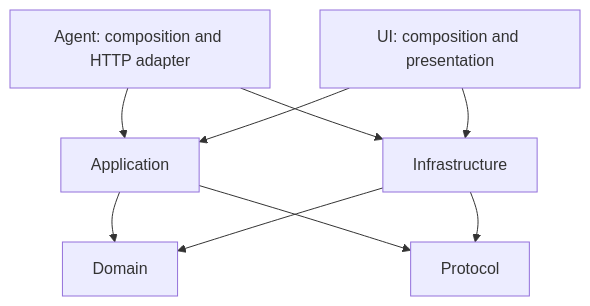
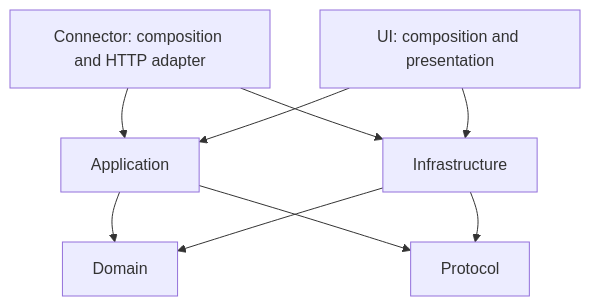
Before and after one commit to Babamba-and-Bibibig/streamdeck_for_rog_ally: the diagram in docs/ARCHITECTURE.md, drawn with Mermaid. The commit also changed other lines of this file and 72 other files, not shown here.

````diff
--- a/docs/ARCHITECTURE.md
+++ b/docs/ARCHITECTURE.md
@@ -30,11 +30,11 @@
 ```mermaid
 flowchart TD
-  Agent[Agent: composition and HTTP adapter] --> Application
+  Connector[Connector: composition and HTTP adapter] --> Application
   UI[UI: composition and presentation] --> Application
-  Agent --> Infrastructure
+  Connector --> Infrastructure
   UI --> Infrastructure
   Application --> Domain
   Application --> Protocol
   Infrastructure --> Domain
   Infrastructure --> Protocol
 ```
````
